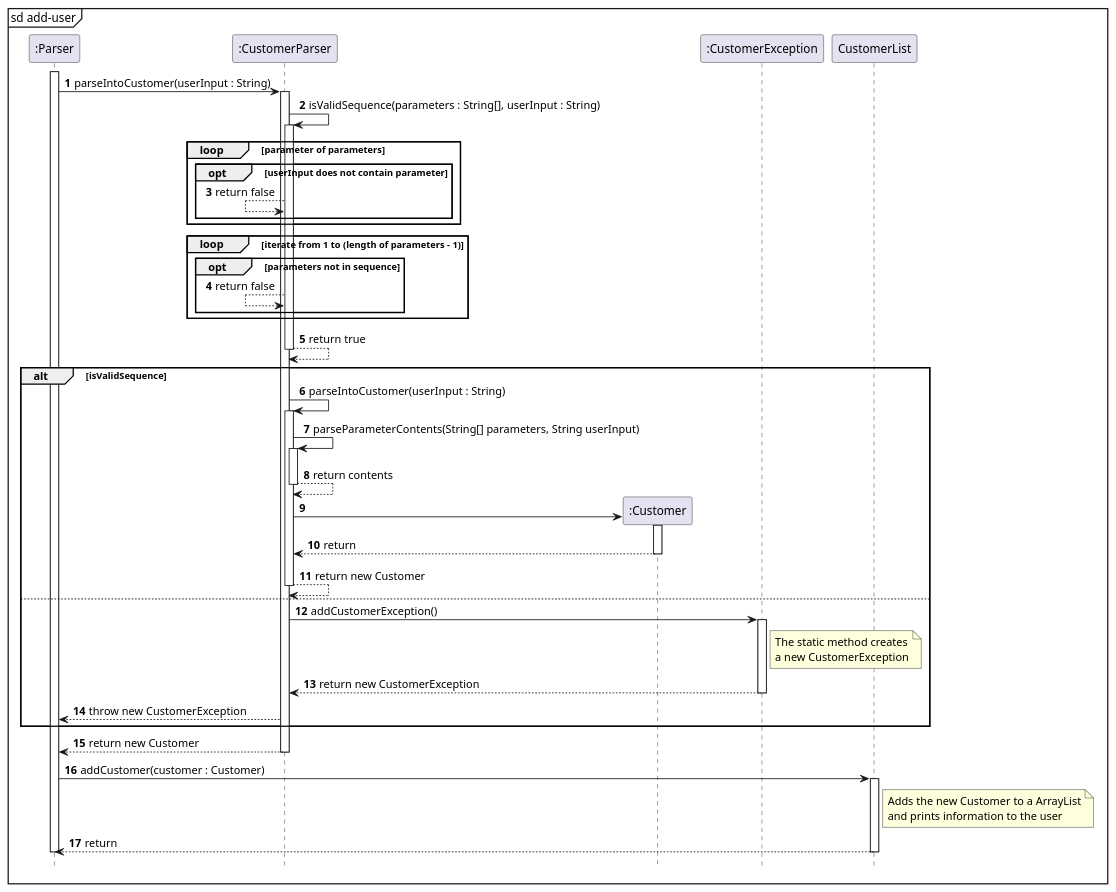
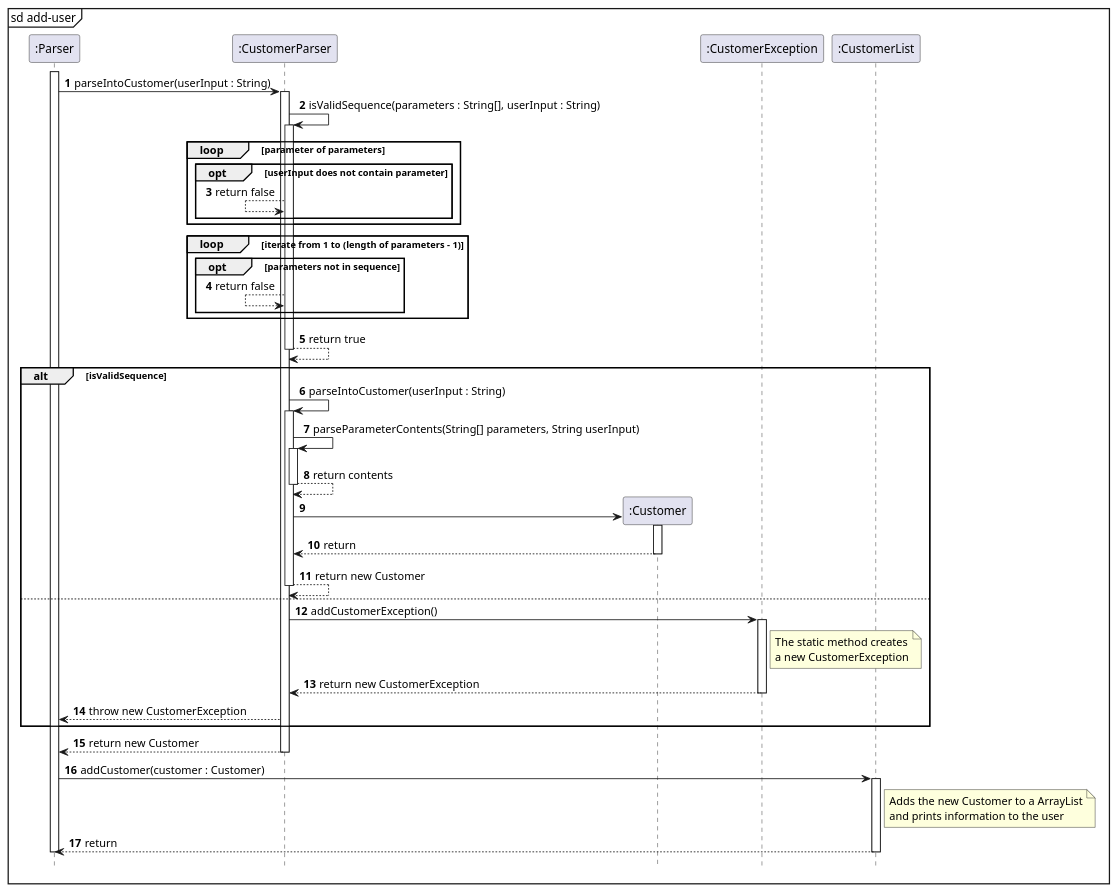
The diagram in docs/UML/AddCustomerSequence.puml (rexkoh425/tp), drawn with PlantUML before and after one commit. The commit also changed 2 other files, not shown here.

Commit message:
Update sequence diagram

```diff
--- a/docs/UML/AddCustomerSequence.puml
+++ b/docs/UML/AddCustomerSequence.puml
@@ -1,71 +1,72 @@
 @startuml
 'https://plantuml.com/sequence-diagram
 
 autonumber
 mainframe sd add-user
 participant ":Parser" as Parser
 participant ":CustomerParser" as CustomerParser
 participant ":Customer" as Customer
 participant ":CustomerException" as CustomerException
+participant ":CustomerList" as CustomerList
 
 activate Parser
 Parser -> CustomerParser : parseIntoCustomer(userInput : String)
 activate CustomerParser
     CustomerParser -> CustomerParser : isValidSequence(parameters : String[], userInput : String)
     activate CustomerParser
         loop parameter of parameters
             opt userInput does not contain parameter
                 CustomerParser <-- CustomerParser : return false
             end opt
         end loop
 
         loop iterate from 1 to (length of parameters - 1)
             opt parameters not in sequence
                 CustomerParser <-- CustomerParser : return false
             end opt
         end loop
 
         CustomerParser --> CustomerParser : return true
     deactivate CustomerParser
 
     alt isValidSequence
         CustomerParser -> CustomerParser : parseIntoCustomer(userInput : String)
         activate CustomerParser
             CustomerParser -> CustomerParser :parseParameterContents(String[] parameters, String userInput)
             activate CustomerParser
                 CustomerParser --> CustomerParser : return contents
             deactivate CustomerParser
             create Customer
 
             CustomerParser -> Customer :
             activate Customer
             CustomerParser <-- Customer : return
             deactivate Customer
             CustomerParser --> CustomerParser : return new Customer
         deactivate CustomerParser
     else
         CustomerParser -> CustomerException : addCustomerException()
         activate CustomerException
             note right of CustomerException
                 The static method creates
                 a new CustomerException
             end note
             CustomerException --> CustomerParser : return new CustomerException
         deactivate CustomerException
         Parser <-- CustomerParser : throw new CustomerException
     end alt
     Parser <-- CustomerParser : return new Customer
 
 deactivate CustomerParser
 
 Parser -> CustomerList : addCustomer(customer : Customer)
 note right of CustomerList
     Adds the new Customer to a ArrayList
     and prints information to the user
 end note
 activate CustomerList
     Parser <-- CustomerList : return
 deactivate CustomerList
 deactivate Parser
 hide footbox
 @enduml
```
